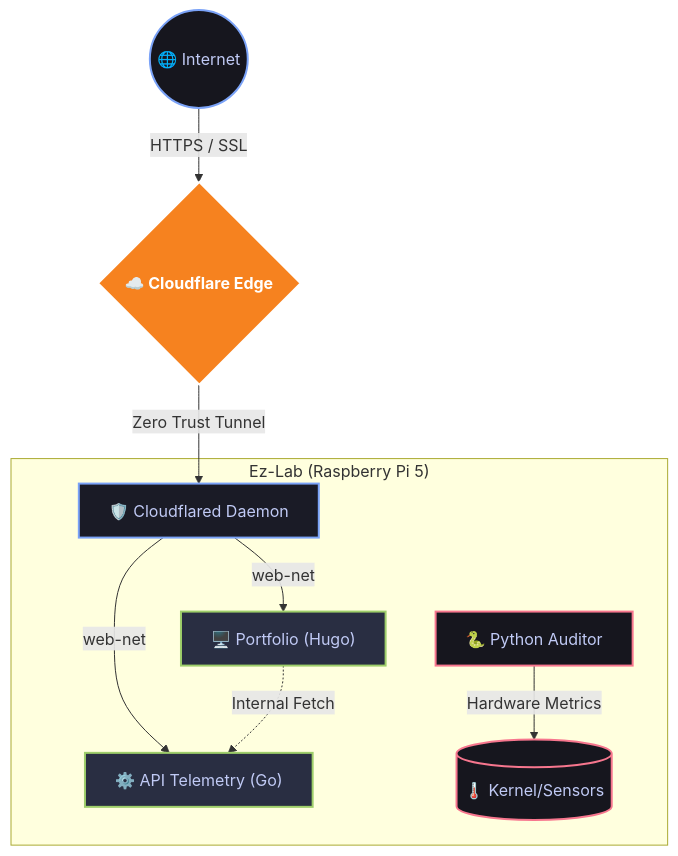
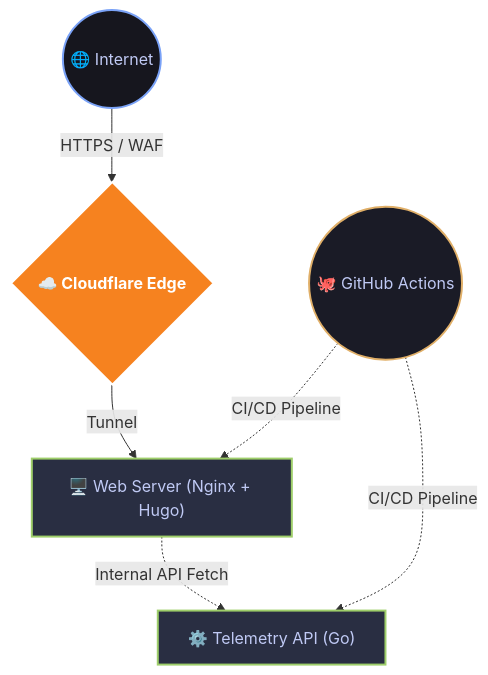
The diagram in README.md (ezequieldlv/portfolio-sre), drawn with Mermaid before and after one commit. The commit also changed other lines of this file, not shown here.

````diff
--- a/README.md
+++ b/README.md
@@ -25,20 +24,14 @@
 ```mermaid
 graph TD
     classDef user fill:#16161e,stroke:#7aa2f7,stroke-width:2px,color:#c0caf5
     classDef cf fill:#f6821f,stroke:#fff,stroke-width:2px,color:#fff,font-weight:bold
-    classDef daemon fill:#1a1b26,stroke:#7aa2f7,stroke-width:2px,color:#c0caf5
     classDef app fill:#292e42,stroke:#9ece6a,stroke-width:2px,color:#c0caf5
-    classDef hardware fill:#16161e,stroke:#f7768e,stroke-width:2px,color:#c0caf5
+    classDef cicd fill:#1a1b26,stroke:#e0af68,stroke-width:2px,color:#c0caf5
 
-    User((🌐 Internet)):::user -->|HTTPS / SSL| Cloudflare{☁️ Cloudflare Edge}:::cf
-    Cloudflare -->|Zero Trust Tunnel| Cloudflared[🛡️ Cloudflared Daemon]:::daemon
+    User((🌐 Internet)):::user -->|HTTPS / WAF| CF{☁️ Cloudflare Edge}:::cf
+    CF -->|Tunnel| Frontend["🖥️ Web Server (Nginx + Hugo)"]:::app
+    Frontend -.->|Internal API Fetch| Backend["⚙️ Telemetry API (Go)"]:::app
     
-    subgraph "Ez-Lab (Raspberry Pi 5)"
-        Cloudflared -->|web-net| Frontend["🖥️ Portfolio (Hugo)"]:::app
-        Cloudflared -->|web-net| Backend["⚙️ API Telemetry (Go)"]:::app
-        
-        Frontend -.->|Internal Fetch| Backend
-        
-        Auditor["🐍 Python Auditor"]:::hardware -->|Hardware Metrics| OS[("🌡️ Kernel/Sensors")]:::hardware
-    end
+    GitHub((🐙 GitHub Actions)):::cicd -.->|CI/CD Pipeline| Frontend
+    GitHub -.->|CI/CD Pipeline| Backend
 ```
````
